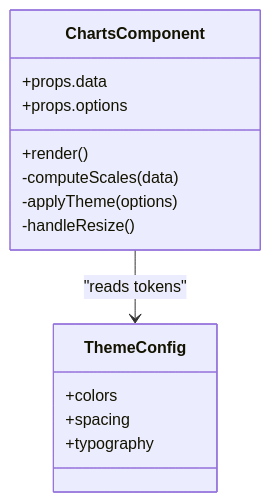
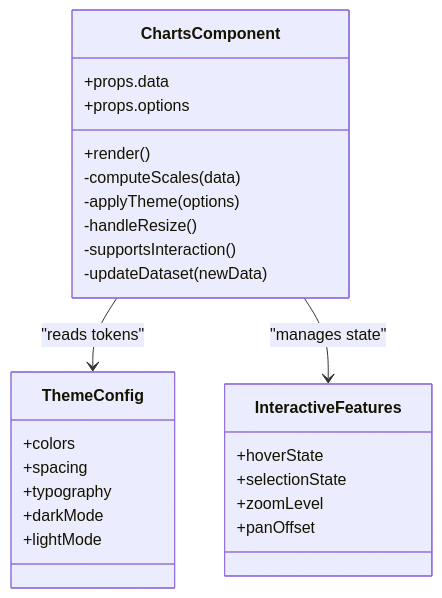
Before and after one commit to HassanAmeer/cheaprouter: the third of 7 diagrams in .qoder/repowiki/en/content/Frontend Architecture/Component Library/Visualization Components.md, drawn with Mermaid. The commit also changed other lines of this file and 54 other files, not shown here.

````diff
--- a/.qoder/repowiki/en/content/Frontend Architecture/Component Library/Visualization Components.md
+++ b/.qoder/repowiki/en/content/Frontend Architecture/Component Library/Visualization Components.md
@@ -155,17 +180,28 @@
 ```mermaid
 classDiagram
 class ChartsComponent {
 +props.data
 +props.options
 +render()
 -computeScales(data)
 -applyTheme(options)
 -handleResize()
+-supportsInteraction()
+-updateDataset(newData)
 }
 class ThemeConfig {
 +colors
 +spacing
 +typography
++darkMode
++lightMode
+}
+class InteractiveFeatures {
++hoverState
++selectionState
++zoomLevel
++panOffset
 }
 ChartsComponent --> ThemeConfig : "reads tokens"
+ChartsComponent --> InteractiveFeatures : "manages state"
 ```
````
